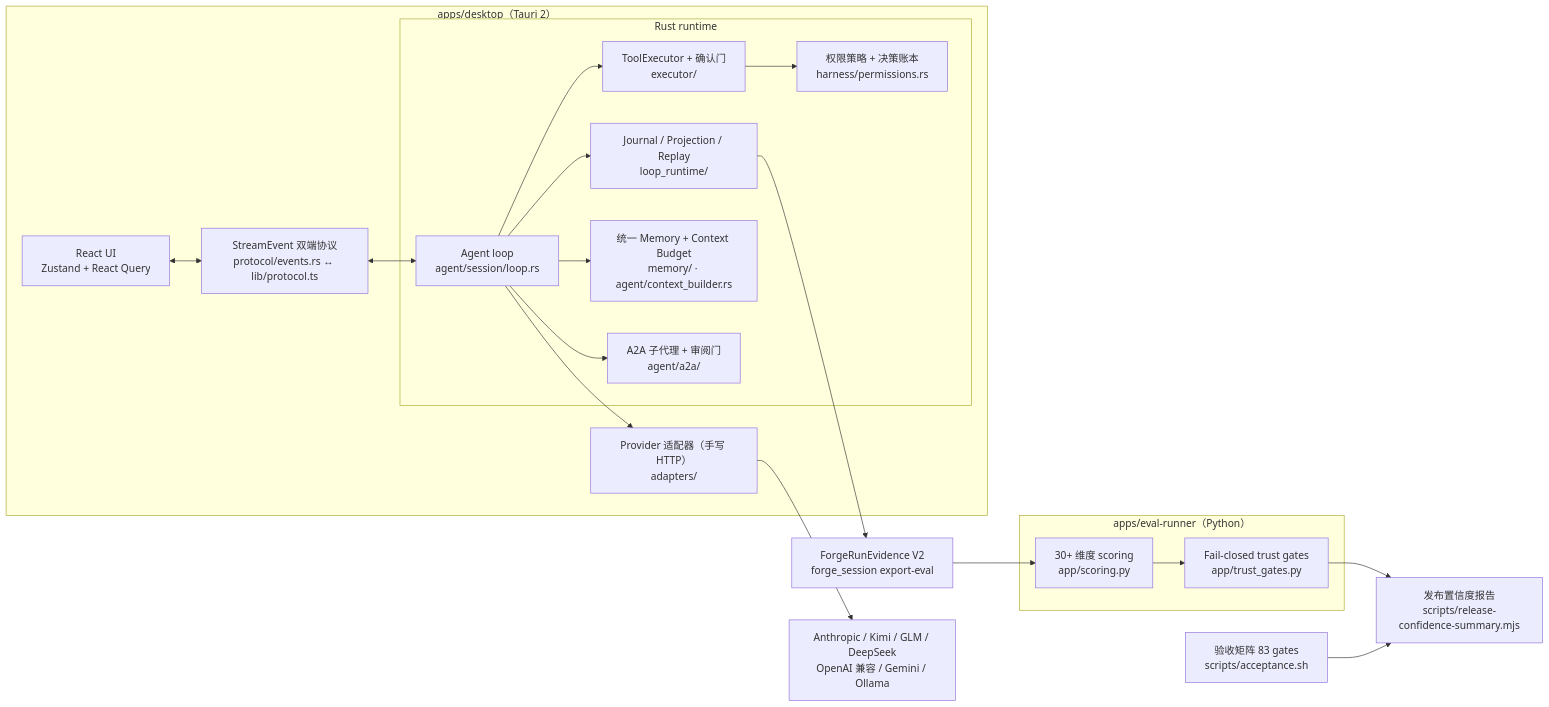
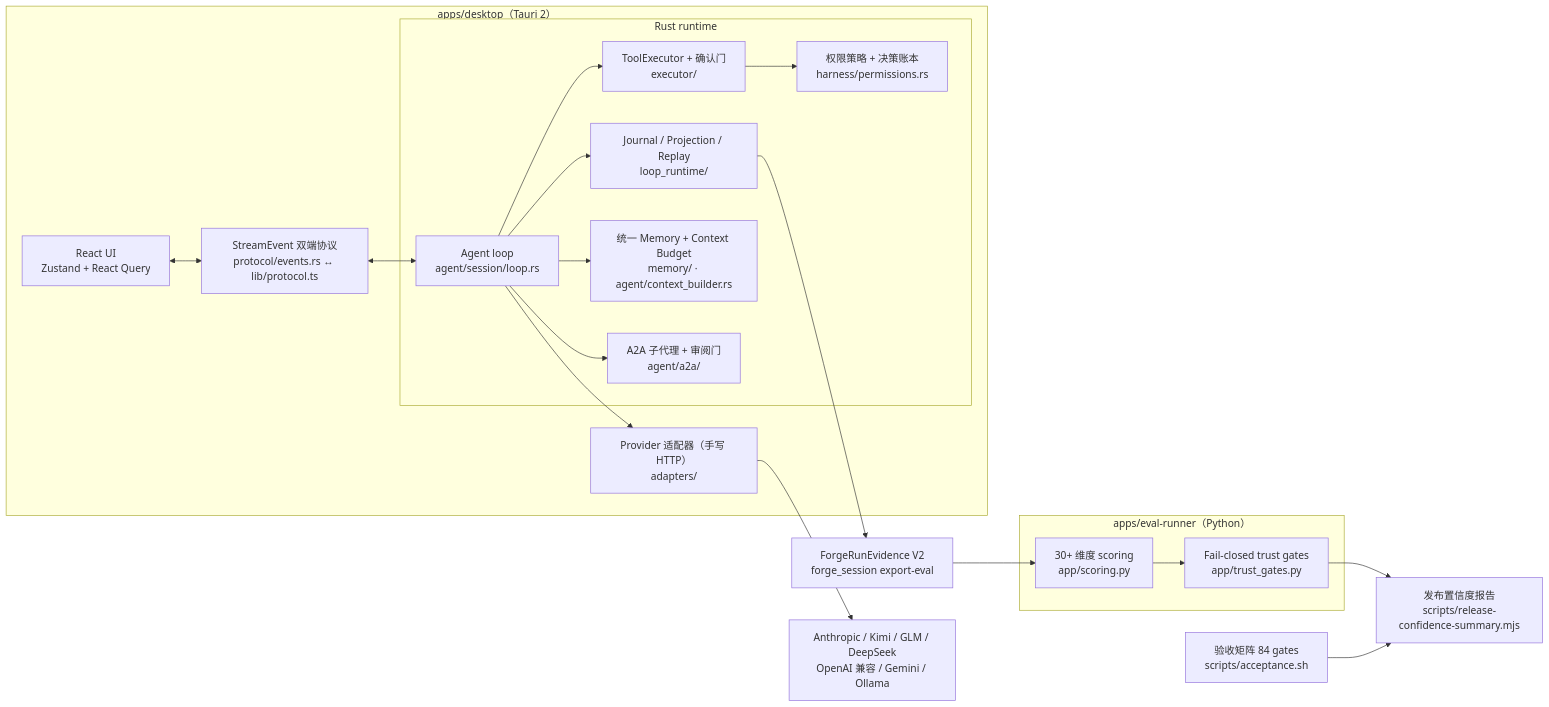
Before and after one commit to Cabbos/forge: the diagram in README.md, drawn with Mermaid. The commit also changed other lines of this file and 9 other files, not shown here.

````diff
--- a/README.md
+++ b/README.md
@@ -32,39 +32,39 @@
 ```mermaid
 flowchart LR
   subgraph Desktop["apps/desktop（Tauri 2）"]
     UI["React UI<br/>Zustand + React Query"]
     Protocol["StreamEvent 双端协议<br/>protocol/events.rs ↔ lib/protocol.ts"]
     subgraph Runtime["Rust runtime"]
       Loop["Agent loop<br/>agent/session/loop.rs"]
       Exec["ToolExecutor + 确认门<br/>executor/"]
       Perm["权限策略 + 决策账本<br/>harness/permissions.rs"]
       Journal["Journal / Projection / Replay<br/>loop_runtime/"]
       Mem["统一 Memory + Context Budget<br/>memory/ · agent/context_builder.rs"]
       A2A["A2A 子代理 + 审阅门<br/>agent/a2a/"]
     end
     Adapters["Provider 适配器（手写 HTTP）<br/>adapters/"]
   end
   Providers["Anthropic / Kimi / GLM / DeepSeek<br/>OpenAI 兼容 / Gemini / Ollama"]
   Evidence["ForgeRunEvidence V2<br/>forge_session export-eval"]
   subgraph Eval["apps/eval-runner（Python）"]
     Scoring["30+ 维度 scoring<br/>app/scoring.py"]
     Trust["Fail-closed trust gates<br/>app/trust_gates.py"]
   end
-  Accept["验收矩阵 83 gates<br/>scripts/acceptance.sh"]
+  Accept["验收矩阵 84 gates<br/>scripts/acceptance.sh"]
   Confidence["发布置信度报告<br/>scripts/release-confidence-summary.mjs"]
 
   UI <--> Protocol
   Protocol <--> Loop
   Loop --> Exec
   Exec --> Perm
   Loop --> Journal
   Loop --> Mem
   Loop --> A2A
   Loop --> Adapters
   Adapters --> Providers
   Journal --> Evidence
   Evidence --> Scoring
   Scoring --> Trust
   Trust --> Confidence
   Accept --> Confidence
 ```
````
